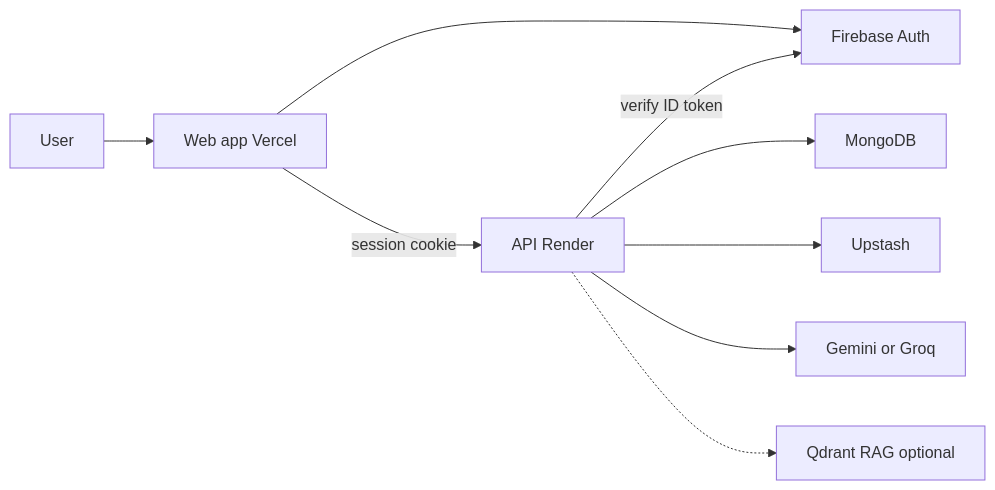
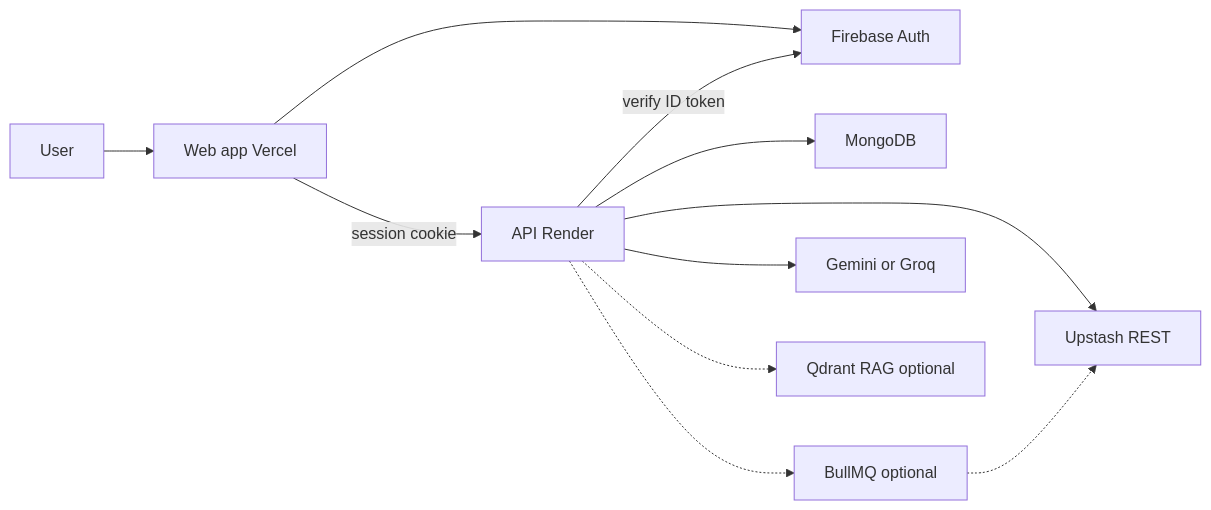
The diagram in README.md (Qursom/AI_Career_copilot), drawn with Mermaid before and after one commit. The commit also changed other lines of this file and 14 other files, not shown here.

````diff
--- a/README.md
+++ b/README.md
@@ -71,20 +71,23 @@
 ```mermaid
 flowchart LR
   user[User]
   ui[Web app Vercel]
   fb[Firebase Auth]
   api[API Render]
   mongo[MongoDB]
-  redis[Upstash]
+  redis[Upstash REST]
+  bull[BullMQ optional]
   llm[Gemini or Groq]
   rag[Qdrant RAG optional]
 
   user --> ui
   ui --> fb
   ui -->|"session cookie"| api
   api -->|"verify ID token"| fb
   api --> mongo
   api --> redis
   api --> llm
+  api -.-> bull
+  bull -.-> redis
   api -.-> rag
 ```
````
